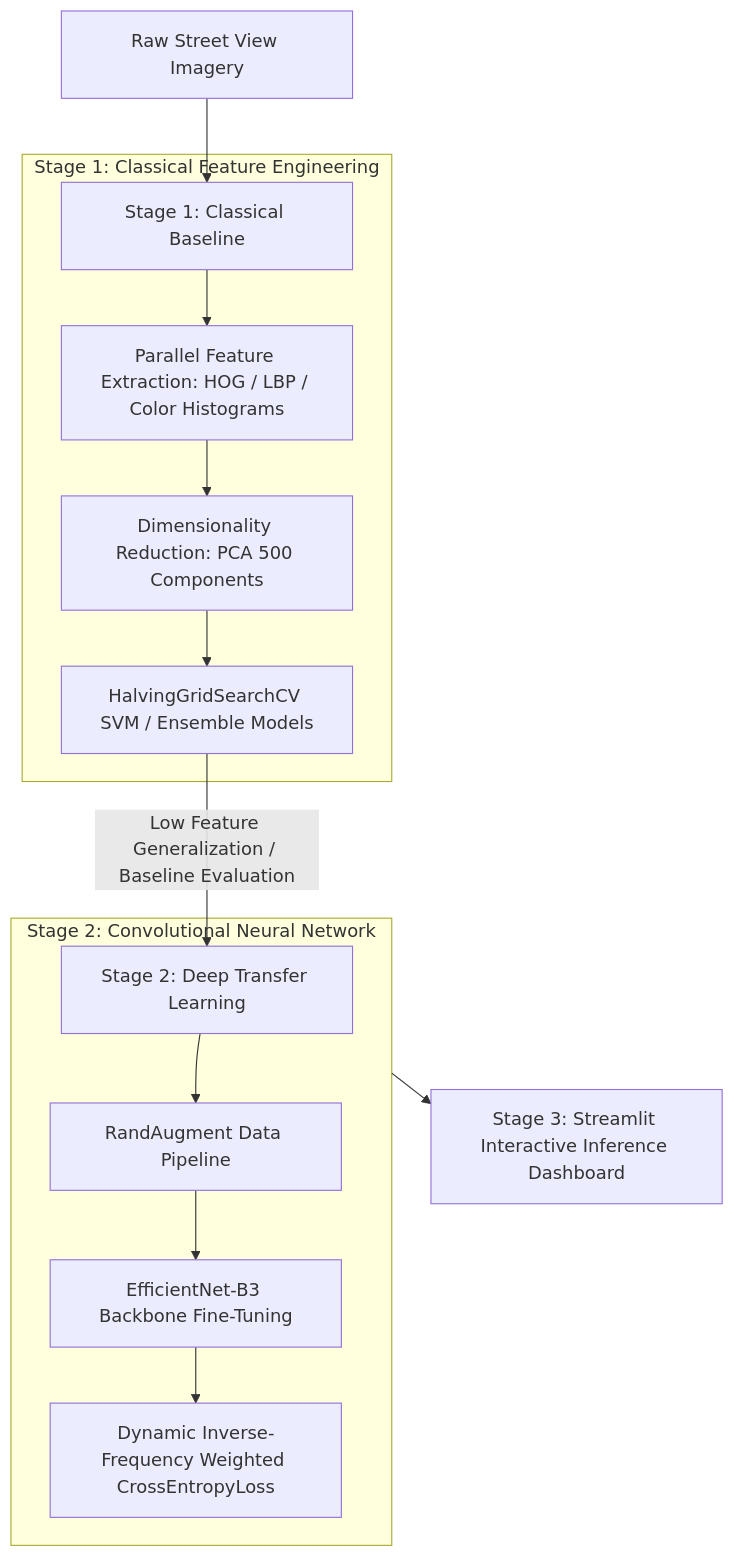
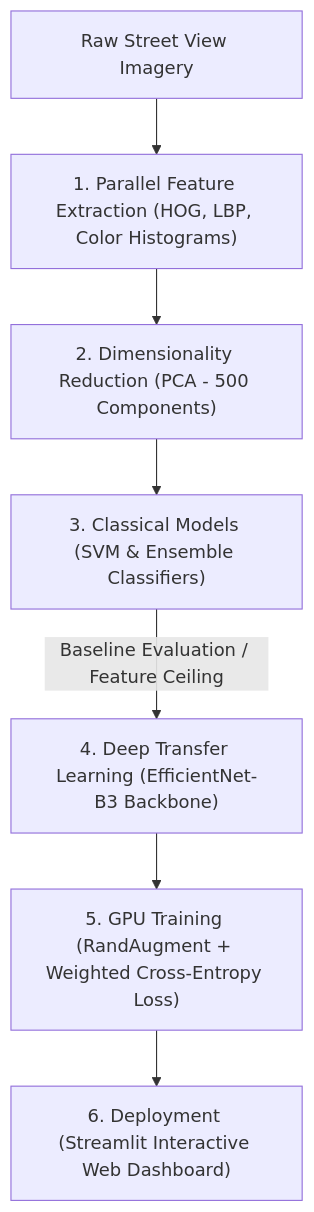
Before and after one commit to Mih55m/geoguessr-pipeline: the diagram in README.md, drawn with Mermaid.

Commit message:
Update project architecture diagram in README

````diff
--- a/README.md
+++ b/README.md
@@ -9,20 +9,10 @@
 ```mermaid
 flowchart TD
-    Raw[Raw Street View Imagery] --> Baseline[Stage 1: Classical Baseline]
+    Raw["Raw Street View Imagery"] --> Feat["1. Parallel Feature Extraction (HOG, LBP, Color Histograms)"]
+    Feat --> PCA["2. Dimensionality Reduction (PCA - 500 Components)"]
+    PCA --> SVM["3. Classical Models (SVM & Ensemble Classifiers)"]
     
-    subgraph Stage_1 [Stage 1: Classical Feature Engineering]
-        Baseline --> Feat[Parallel Feature Extraction: HOG / LBP / Color Histograms]
-        Feat --> PCA[Dimensionality Reduction: PCA 500 Components]
-        PCA --> SVM[HalvingGridSearchCV SVM / Ensemble Models]
-    end
-
-    SVM -->|Low Feature Generalization / Baseline Evaluation| Deep[Stage 2: Deep Transfer Learning]
-
-    subgraph Stage_2 [Stage 2: Convolutional Neural Network]
-        Deep --> Aug[RandAugment Data Pipeline]
-        Aug --> Backbone[EfficientNet-B3 Backbone Fine-Tuning]
-        Backbone --> Loss[Dynamic Inverse-Frequency Weighted CrossEntropyLoss]
-    end
-
-    Stage_2 --> App[Stage 3: Streamlit Interactive Inference Dashboard]
+    SVM -->|"Baseline Evaluation / Feature Ceiling"| Deep["4. Deep Transfer Learning (EfficientNet-B3 Backbone)"]
+    Deep --> Train["5. GPU Training (RandAugment + Weighted Cross-Entropy Loss)"]
+    Train --> App["6. Deployment (Streamlit Interactive Web Dashboard)"]
 ```
````
